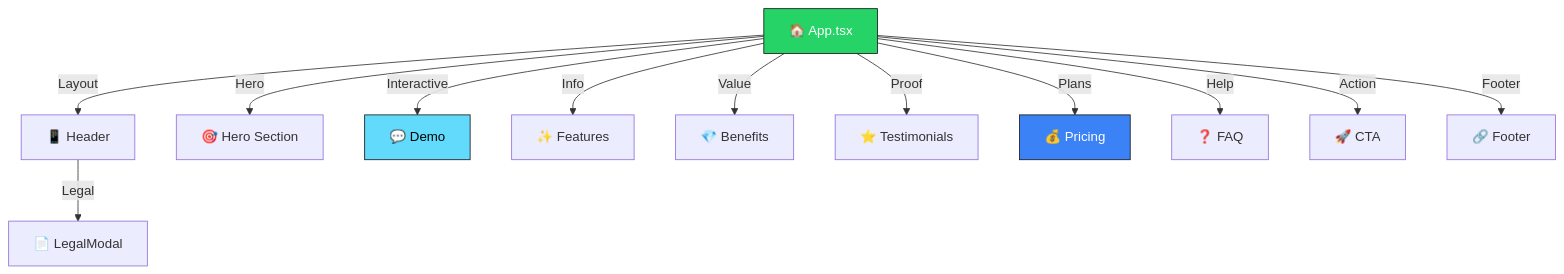
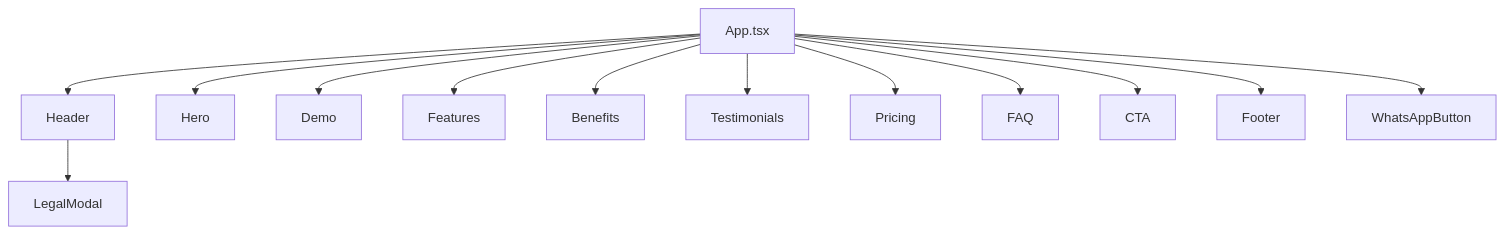
The diagram in README.md (joaogalimberti/aivy), drawn with Mermaid before and after one commit. The commit also changed other lines of this file, not shown here.

First line of the commit message:
Revise README for Aivy with new features and layout

````diff
--- a/README.md
+++ b/README.md
@@ -242,19 +76,15 @@
 ```mermaid
 graph TD
-    A[🏠 App.tsx] -->|Layout| B[📱 Header]
-    A -->|Hero| C[🎯 Hero Section]
-    A -->|Interactive| D[💬 Demo]
-    A -->|Info| E[✨ Features]
-    A -->|Value| F[💎 Benefits]
-    A -->|Proof| G[⭐ Testimonials]
-    A -->|Plans| H[💰 Pricing]
-    A -->|Help| I[❓ FAQ]
-    A -->|Action| J[🚀 CTA]
-    A -->|Footer| K[🔗 Footer]
-    
-    B -->|Legal| L[📄 LegalModal]
-    
-    style A fill:#25D366,stroke:#1a1a1a,color:#fff
-    style D fill:#61DAFB,stroke:#1a1a1a,color:#000
-    style H fill:#3B82F6,stroke:#1a1a1a,color:#fff
+    A[App.tsx] --> B[Header]
+    A --> C[Hero]
+    A --> D[Demo]
+    A --> E[Features]
+    A --> F[Benefits]
+    A --> G[Testimonials]
+    A --> H[Pricing]
+    A --> I[FAQ]
+    A --> J[CTA]
+    A --> K[Footer]
+    A --> M[WhatsAppButton]
+    B --> L[LegalModal]
 ```
````
